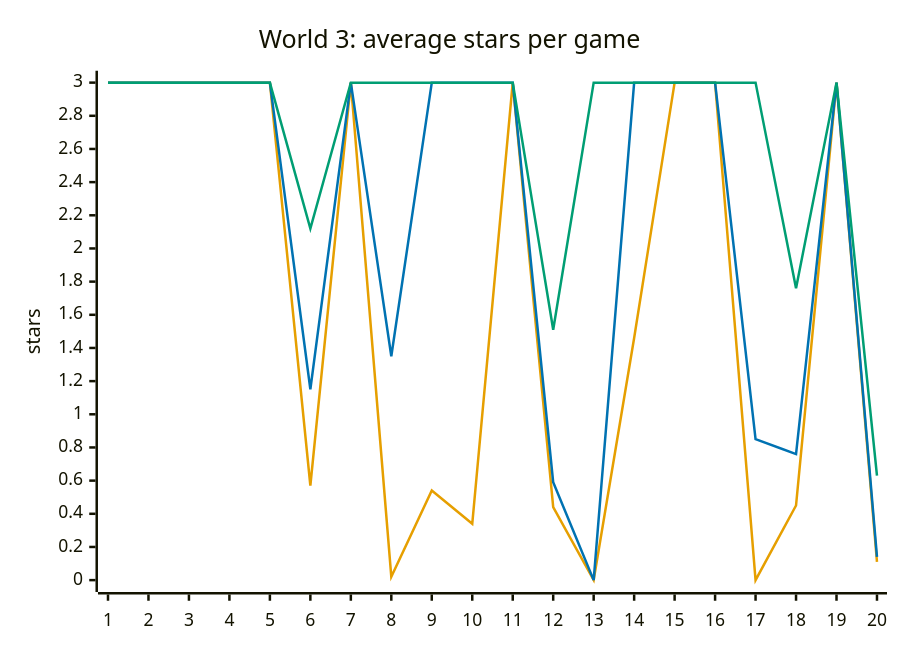
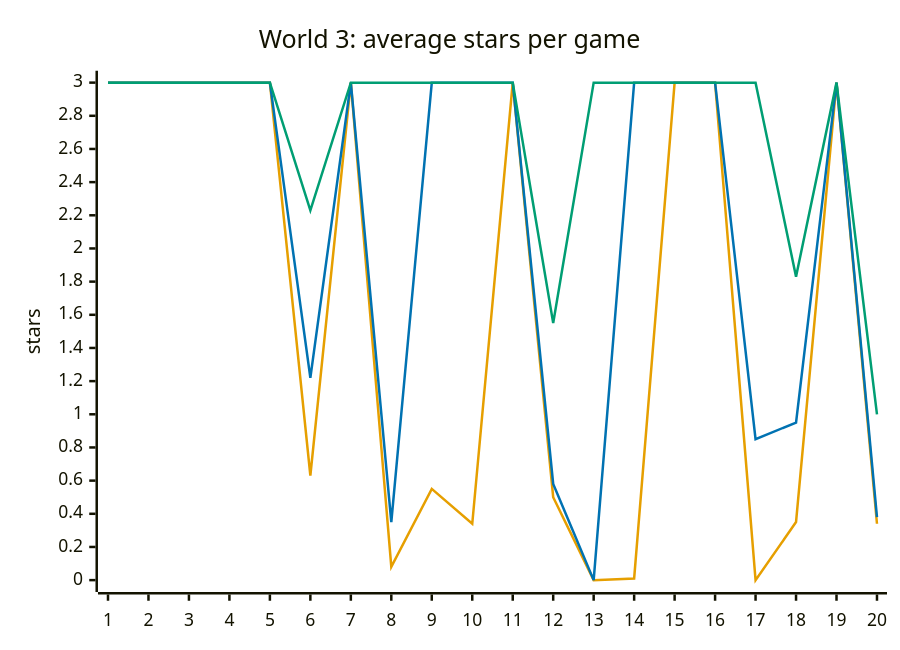
Before and after one commit to Pavelya/dots: the sixth of 8 diagrams in docs/design/difficulty.md, drawn with Mermaid. The commit also changed other lines of this file and 10 other files, not shown here.

````diff
--- a/docs/design/difficulty.md
+++ b/docs/design/difficulty.md
@@ -222,10 +234,10 @@
 ```mermaid
 %%{init: {"themeVariables": {"xyChart": {"plotColorPalette": "#E69F00, #0072B2, #009E73, #999999"}}}}%%
 xychart-beta
     title "World 3: average stars per game"
     x-axis ["1", "2", "3", "4", "5", "6", "7", "8", "9", "10", "11", "12", "13", "14", "15", "16", "17", "18", "19", "20"]
     y-axis "stars" 0 --> 3
-    line [3.00, 3.00, 3.00, 3.00, 3.00, 0.57, 3.00, 0.02, 0.54, 0.34, 3.00, 0.44, 0.00, 1.46, 3.00, 3.00, 0.00, 0.45, 3.00, 0.11]
-    line [3.00, 3.00, 3.00, 3.00, 3.00, 1.15, 3.00, 1.35, 3.00, 3.00, 3.00, 0.59, 0.00, 3.00, 3.00, 3.00, 0.85, 0.76, 3.00, 0.14]
-    line [3.00, 3.00, 3.00, 3.00, 3.00, 2.12, 3.00, 3.00, 3.00, 3.00, 3.00, 1.51, 3.00, 3.00, 3.00, 3.00, 3.00, 1.76, 3.00, 0.63]
+    line [3.00, 3.00, 3.00, 3.00, 3.00, 0.63, 3.00, 0.08, 0.55, 0.34, 3.00, 0.50, 0.00, 0.01, 3.00, 3.00, 0.00, 0.35, 3.00, 0.34]
+    line [3.00, 3.00, 3.00, 3.00, 3.00, 1.22, 3.00, 0.35, 3.00, 3.00, 3.00, 0.58, 0.00, 3.00, 3.00, 3.00, 0.85, 0.95, 3.00, 0.38]
+    line [3.00, 3.00, 3.00, 3.00, 3.00, 2.23, 3.00, 3.00, 3.00, 3.00, 3.00, 1.55, 3.00, 3.00, 3.00, 3.00, 3.00, 1.83, 3.00, 1.00]
 ```
````
